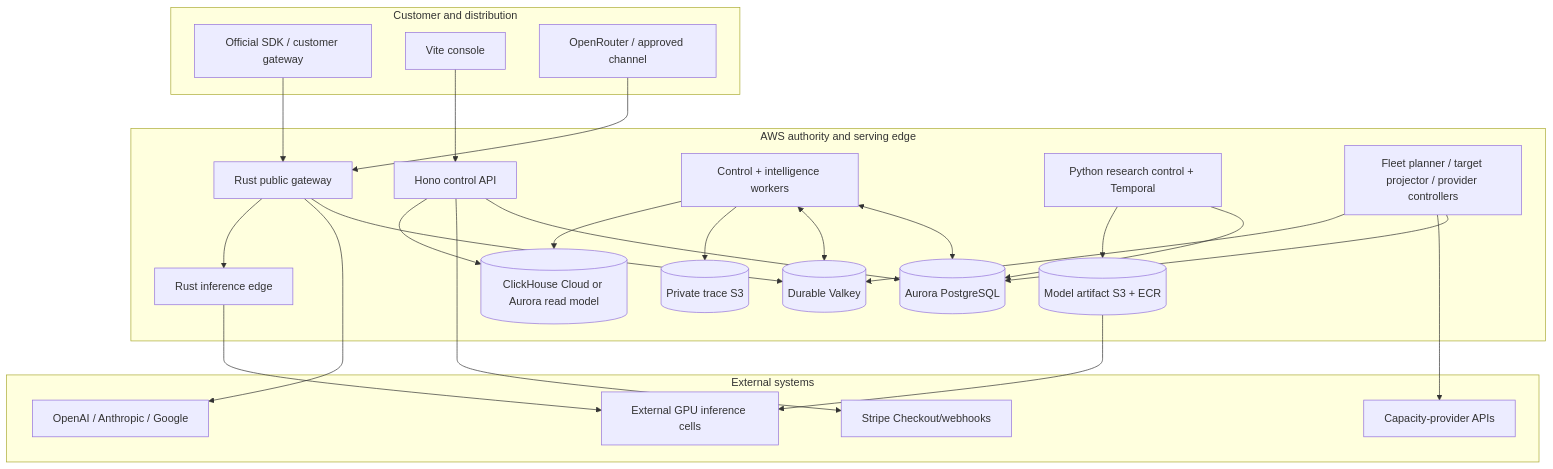
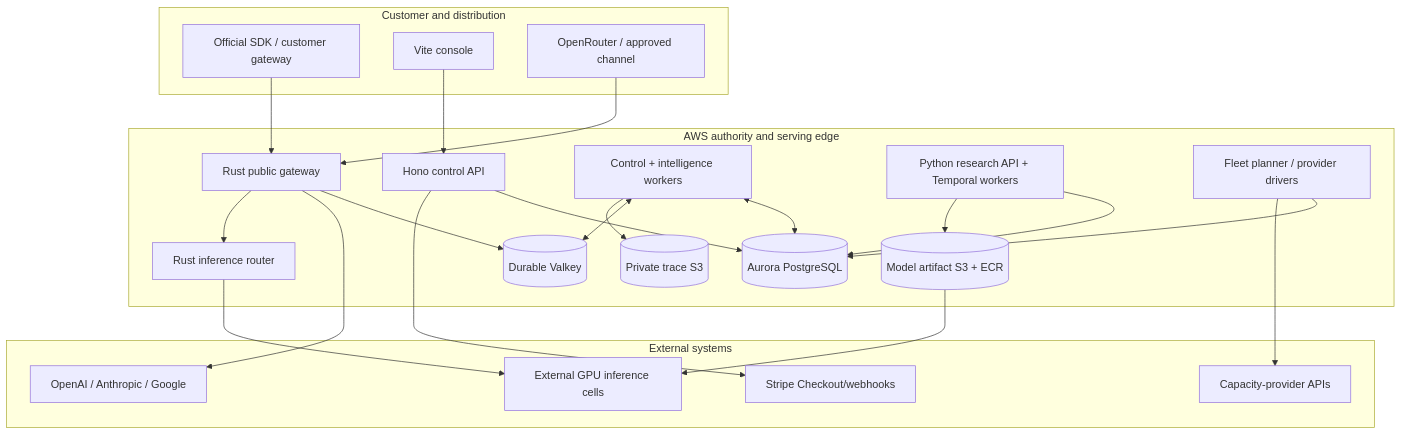
Before and after one commit to Gradiated/gradiated: the diagram in docs/STARTUP_ARCHITECTURE.md, drawn with Mermaid. The commit also changed other lines of this file and 27 other files, not shown here.

Commit message:
docs: simplify startup architecture

````diff
--- a/docs/STARTUP_ARCHITECTURE.md
+++ b/docs/STARTUP_ARCHITECTURE.md
@@ -56,50 +56,46 @@
 ```mermaid
 flowchart TB
   subgraph Customer[Customer and distribution]
     SDK[Official SDK / customer gateway]
     Web[Vite console]
     Channel[OpenRouter / approved channel]
   end
 
   subgraph AWS[AWS authority and serving edge]
     API[Hono control API]
     Gateway[Rust public gateway]
     Workers[Control + intelligence workers]
-    Research[Python research control + Temporal]
-    Edge[Rust inference edge]
-    Fleet[Fleet planner / target projector / provider controllers]
+    Research[Python research API + Temporal workers]
+    Edge[Rust inference router]
+    Fleet[Fleet planner / provider drivers]
     PG[(Aurora PostgreSQL)]
     Redis[(Durable Valkey)]
     TraceS3[(Private trace S3)]
     ArtifactS3[(Model artifact S3 + ECR)]
-    Analytics[(ClickHouse Cloud or Aurora read model)]
   end
 
   subgraph External[External systems]
     Stripe[Stripe Checkout/webhooks]
     Models[OpenAI / Anthropic / Google]
     Cells[External GPU inference cells]
     Capacity[Capacity-provider APIs]
   end
 
   Web --> API
   API --> PG
   API --> Stripe
-  API --> Analytics
   SDK --> Gateway
   Channel --> Gateway
   Gateway --> Redis
   Gateway --> Models
   Gateway --> Edge
   Edge --> Cells
   Workers <--> PG
   Workers <--> Redis
   Workers --> TraceS3
-  Workers --> Analytics
   Research --> PG
   Research --> ArtifactS3
   Fleet --> PG
   Fleet --> Capacity
-  Fleet --> Redis
   ArtifactS3 --> Cells
 ```
````
